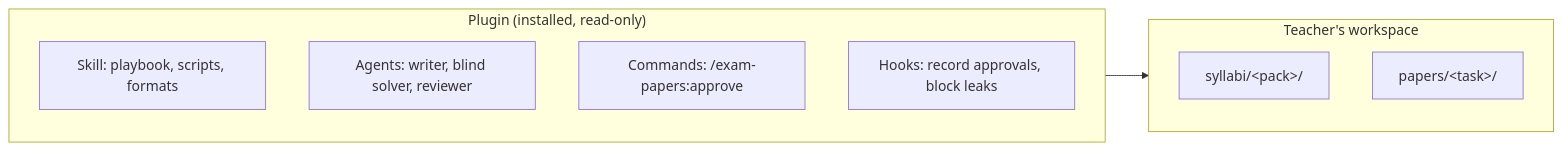
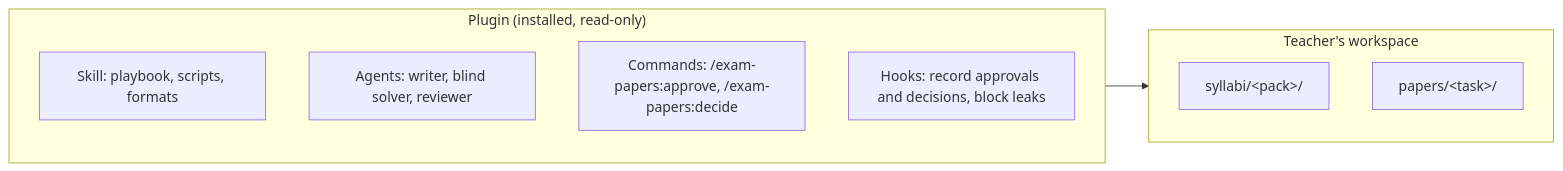
Before and after one commit to harin49/exam-paper-generator: the third of 4 diagrams in docs/harness-design.md, drawn with Mermaid. The commit also changed other lines of this file and 11 other files, not shown here.

````diff
--- a/docs/harness-design.md
+++ b/docs/harness-design.md
@@ -516,14 +522,14 @@
 ```mermaid
 flowchart LR
     subgraph Plugin["Plugin (installed, read-only)"]
         SK[Skill: playbook, scripts, formats]
         AG[Agents: writer, blind solver, reviewer]
-        CM[Commands: /exam-papers:approve]
-        HK[Hooks: record approvals, block leaks]
+        CM[Commands: /exam-papers:approve, /exam-papers:decide]
+        HK[Hooks: record approvals and decisions, block leaks]
     end
     subgraph WS["Teacher's workspace"]
         SY["syllabi/&lt;pack&gt;/"]
         PA["papers/&lt;task&gt;/"]
     end
     Plugin --> WS
 ```
````
